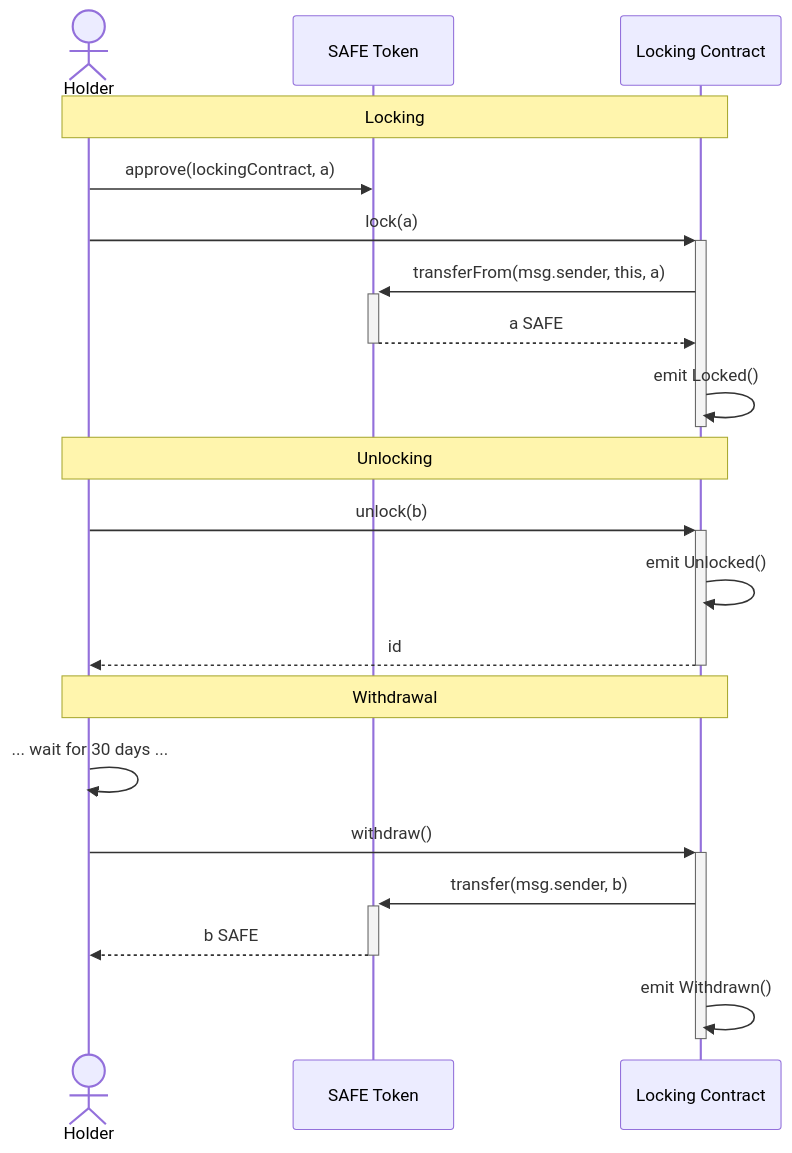
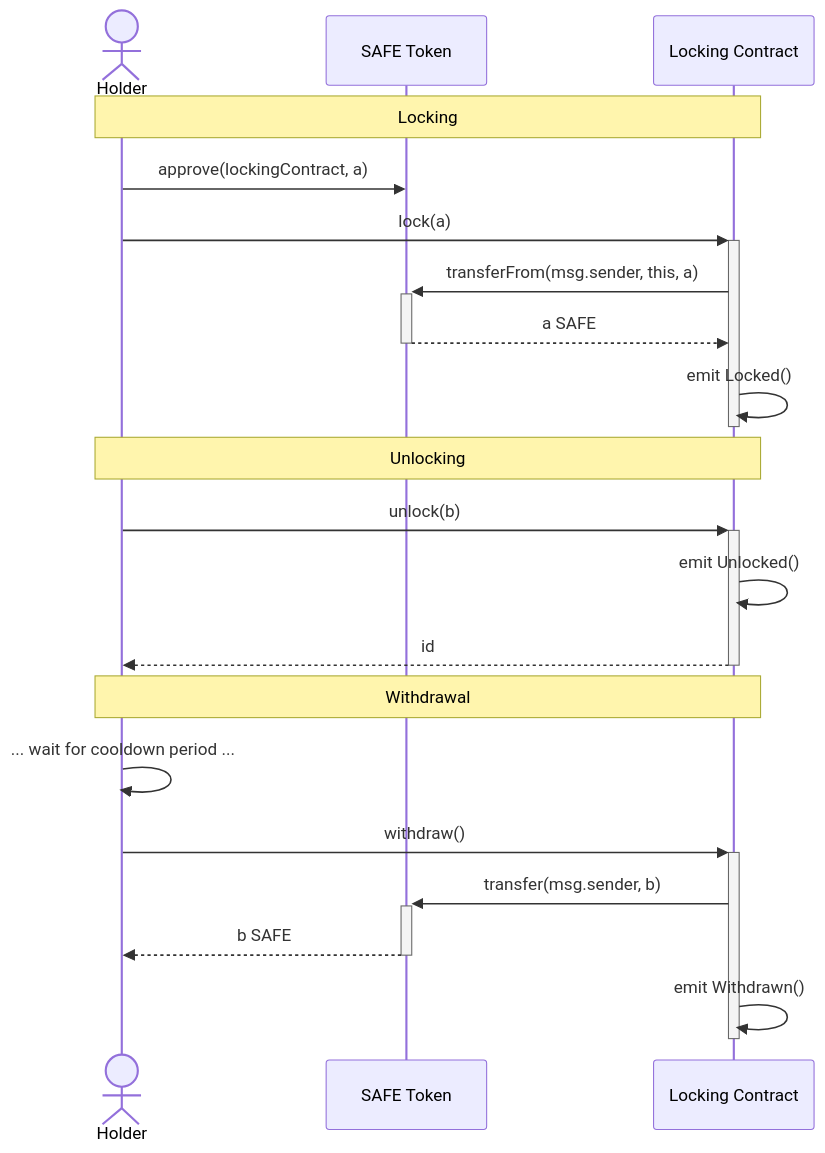
The diagram in README.md (safe-global/safe-locking), drawn with Mermaid before and after one commit. The commit also changed 8 other files, not shown here.

````diff
--- a/README.md
+++ b/README.md
@@ -61,27 +61,27 @@
 ```mermaid
 sequenceDiagram
 	actor H as Holder
 	participant T as SAFE Token
 	participant L as Locking Contract
 
 	note over H,L: Locking
 	H  ->>  T: approve(lockingContract, a)
 	H  ->>+ L: lock(a)
 	L  ->>+ T: transferFrom(msg.sender, this, a)
 	T -->>- L: a SAFE
 	L  ->>  L: emit Locked()
 	deactivate L
 
 	note over H,L: Unlocking
 	H  ->>+ L: unlock(b)
 	L  ->>  L: emit Unlocked()
 	L -->>- H: id
 
 	note over H,L: Withdrawal
-	H  ->>  H: ... wait for 30 days ...
+	H  ->>  H: ... wait for cooldown period ...
 	H  ->>+ L: withdraw()
 	L  ->>+ T: transfer(msg.sender, b)
 	T -->>- H: b SAFE
 	L  ->>  L: emit Withdrawn()
 	deactivate L
 ```
````
